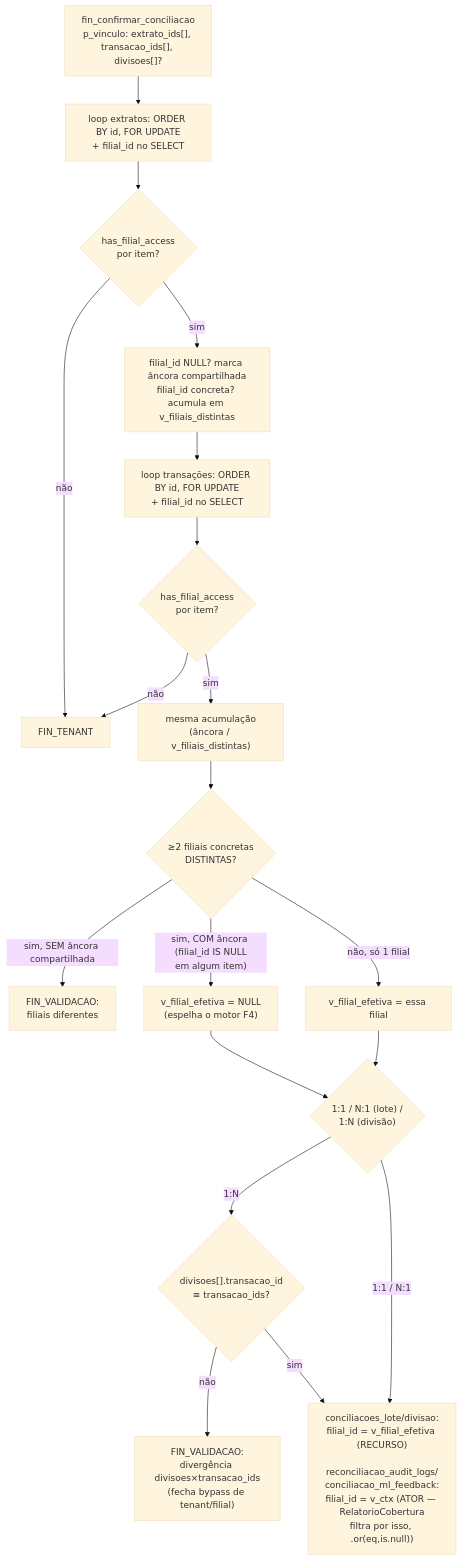
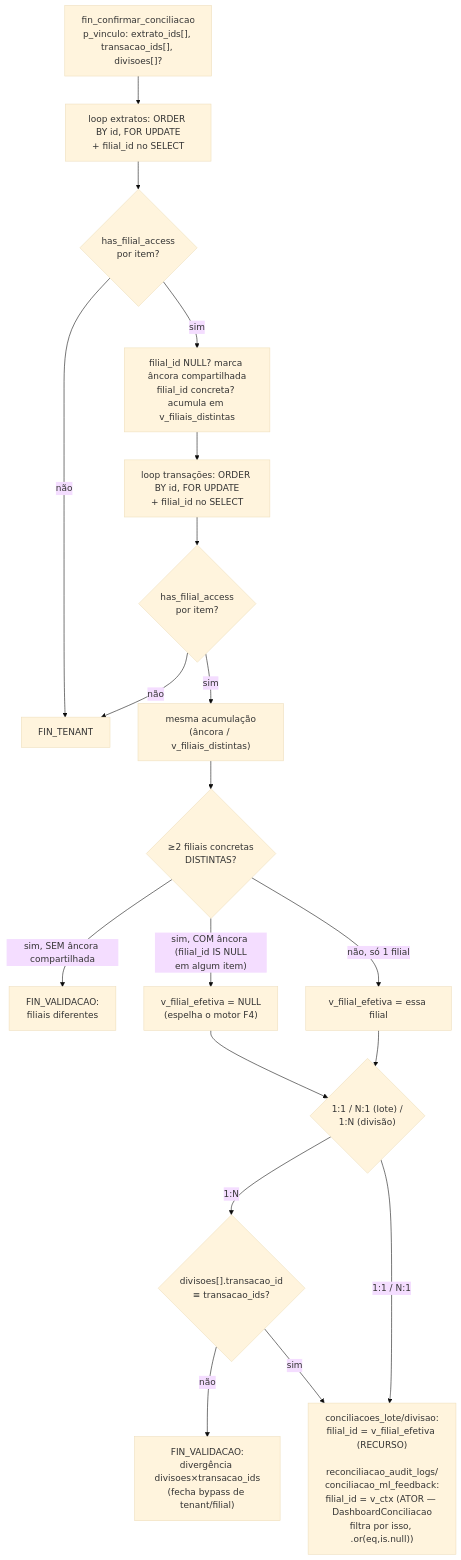
One commit to adrianoapc/igreja-carvalho changed diagram 29 of 42 in docs/diagramas/fluxo-financeiro.md. Above: the diagram before and after it, drawn with Mermaid (base theme). The commit also changed other lines of this file and 6 other files, not shown here.

````diff
--- a/docs/diagramas/fluxo-financeiro.md
+++ b/docs/diagramas/fluxo-financeiro.md
@@ -984,26 +989,26 @@
 ```mermaid
 flowchart TD
     CALL["fin_confirmar_conciliacao\np_vinculo: extrato_ids[], transacao_ids[], divisoes[]?"]
     CALL --> LE["loop extratos: ORDER BY id, FOR UPDATE\n+ filial_id no SELECT"]
     LE --> HFAE{"has_filial_access\npor item?"}
     HFAE -->|não| REJ1["FIN_TENANT"]
     HFAE -->|sim| ACE["filial_id NULL? marca âncora compartilhada\nfilial_id concreta? acumula em v_filiais_distintas"]
     ACE --> LT["loop transações: ORDER BY id, FOR UPDATE\n+ filial_id no SELECT"]
     LT --> HFAT{"has_filial_access\npor item?"}
     HFAT -->|não| REJ1
     HFAT -->|sim| ACT["mesma acumulação\n(âncora / v_filiais_distintas)"]
 
     ACT --> MISTA{"≥2 filiais concretas\nDISTINTAS?"}
     MISTA -->|"sim, SEM âncora compartilhada"| REJM["FIN_VALIDACAO:\nfiliais diferentes"]
     MISTA -->|"sim, COM âncora (filial_id IS NULL\nem algum item)"| NULO["v_filial_efetiva = NULL\n(espelha o motor F4)"]
     MISTA -->|não, só 1 filial| UNICA["v_filial_efetiva = essa filial"]
 
     NULO --> FORMATO
     UNICA --> FORMATO{"1:1 / N:1 (lote) /\n1:N (divisão)"}
 
     FORMATO -->|"1:N"| BYPASS{"divisoes[].transacao_id\n≡ transacao_ids?"}
     BYPASS -->|não| REJD["FIN_VALIDACAO:\ndivergência divisoes×transacao_ids\n(fecha bypass de tenant/filial)"]
     BYPASS -->|sim| WRITE
 
-    FORMATO -->|"1:1 / N:1"| WRITE["conciliacoes_lote/divisao:\nfilial_id = v_filial_efetiva (RECURSO)\n\nreconciliacao_audit_logs/\nconciliacao_ml_feedback:\nfilial_id = v_ctx (ATOR — RelatorioCobertura\nfiltra por isso, .or(eq,is.null))"]
+    FORMATO -->|"1:1 / N:1"| WRITE["conciliacoes_lote/divisao:\nfilial_id = v_filial_efetiva (RECURSO)\n\nreconciliacao_audit_logs/\nconciliacao_ml_feedback:\nfilial_id = v_ctx (ATOR — DashboardConciliacao\nfiltra por isso, .or(eq,is.null))"]
 ```
````
